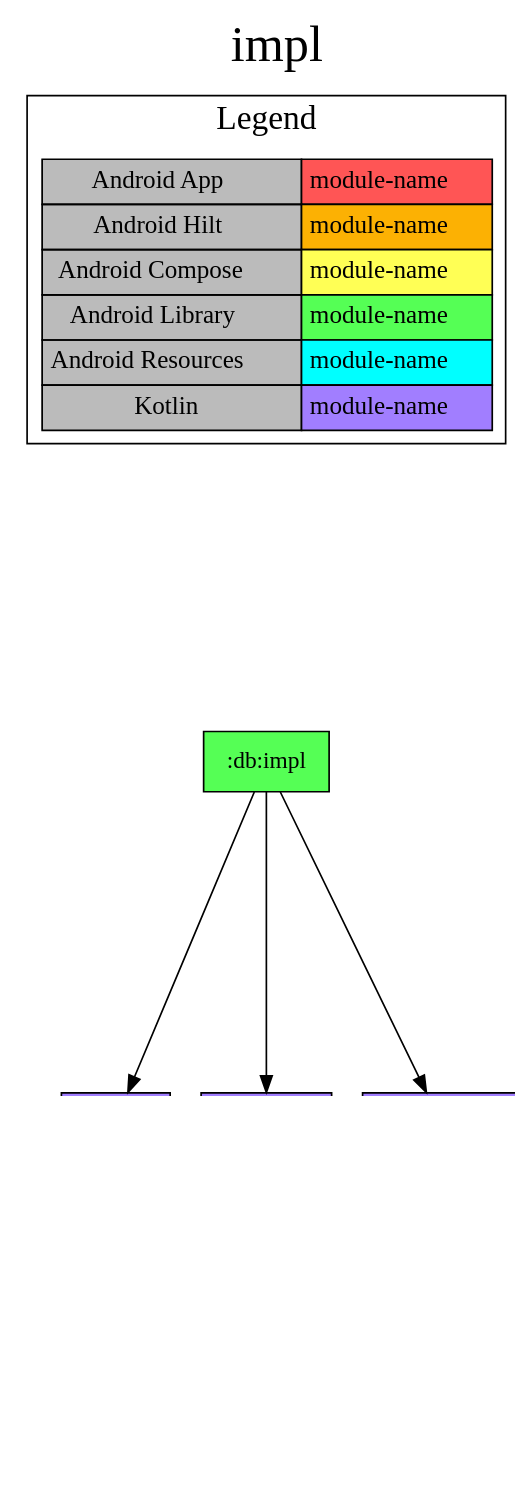
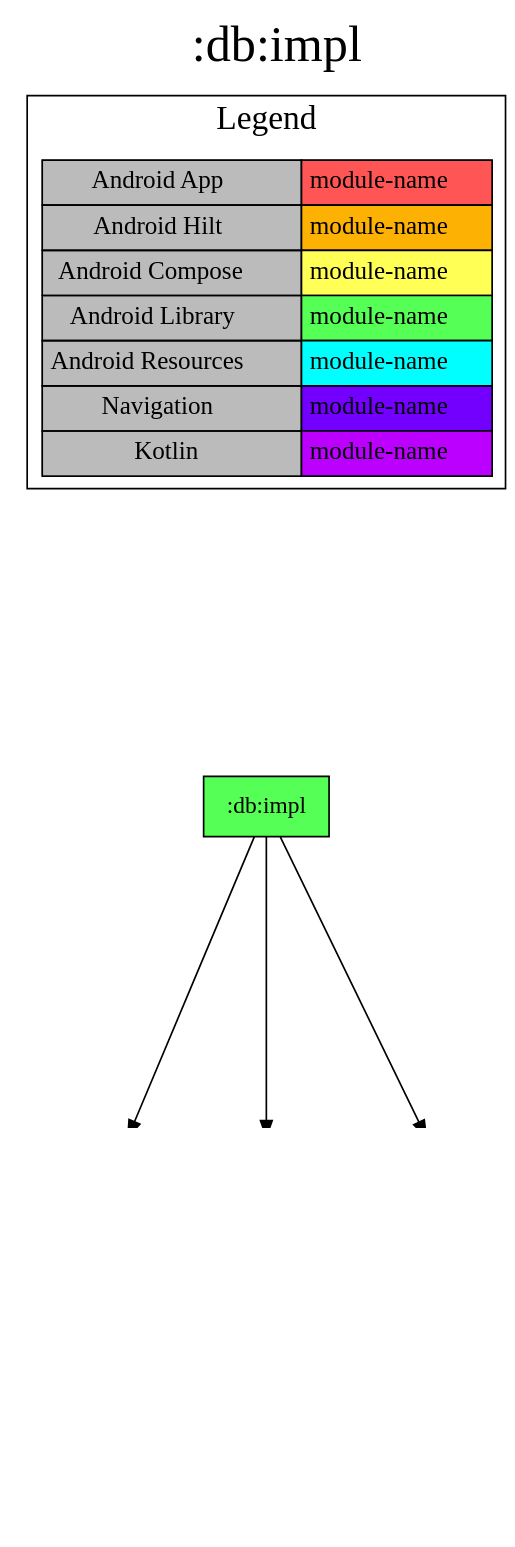
One commit to jonapoul/nasa-android changed the diagram in modules/db/impl/project-dependency-graph.dot. Above: the diagram before and after it, drawn with Graphviz. The commit also changed 162 other files, not shown here.

```diff
--- a/modules/db/impl/project-dependency-graph.dot
+++ b/modules/db/impl/project-dependency-graph.dot
@@ -1,32 +1,33 @@
 digraph {
 edge ["dir"="forward"]
-graph ["dpi"="100","label"="impl","labelloc"="t","fontsize"="30","ranksep"="2.5","rankdir"="TB"]
+graph ["dpi"="100","label"=":db:impl","labelloc"="t","fontsize"="30","ranksep"="2.5","rankdir"="TB"]
 node ["style"="filled"]
 ":db:impl" ["fillcolor"="#55FF55","shape"="box"]
-":db:api" ["fillcolor"="#A17EFF","shape"="box"]
-":db:apod" ["fillcolor"="#A17EFF","shape"="box"]
-":db:gallery" ["fillcolor"="#A17EFF","shape"="box"]
-":gallery:model" ["fillcolor"="#A17EFF","shape"="box"]
+":db:api" ["fillcolor"="#BB00FF","shape"="box"]
+":db:apod" ["fillcolor"="#BB00FF","shape"="box"]
+":db:gallery" ["fillcolor"="#BB00FF","shape"="box"]
+":gallery:model" ["fillcolor"="#BB00FF","shape"="box"]
 {
 edge ["dir"="none"]
 graph ["rank"="same"]
 }
 ":db:impl" -> ":db:api"
 ":db:impl" -> ":db:apod"
 ":db:impl" -> ":db:gallery"
 ":db:gallery" -> ":gallery:model"
 subgraph "cluster_legend" {
 edge ["dir"="none"]
 graph ["label"="Legend","fontsize"="20"]
 "Legend" ["style"="filled","fillcolor"="#bbbbbb","shape"="none","margin"="0","fontsize"="15","label"=<
 <TABLE BORDER="0" CELLBORDER="1" CELLSPACING="0" CELLPADDING="4">
 <TR><TD>Android App</TD><TD BGCOLOR="#FF5555">module-name</TD></TR>
 <TR><TD>Android Hilt</TD><TD BGCOLOR="#FCB103">module-name</TD></TR>
 <TR><TD>Android Compose</TD><TD BGCOLOR="#FFFF55">module-name</TD></TR>
 <TR><TD>Android Library</TD><TD BGCOLOR="#55FF55">module-name</TD></TR>
 <TR><TD>Android Resources</TD><TD BGCOLOR="#00FFFF">module-name</TD></TR>
-<TR><TD>Kotlin</TD><TD BGCOLOR="#A17EFF">module-name</TD></TR>
+<TR><TD>Navigation</TD><TD BGCOLOR="#7300FF">module-name</TD></TR>
+<TR><TD>Kotlin</TD><TD BGCOLOR="#BB00FF">module-name</TD></TR>
 </TABLE>
 >]
 } -> ":db:impl" ["style"="invis"]
 }
```
